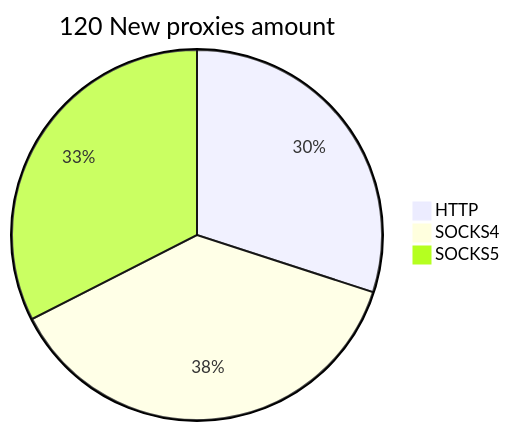
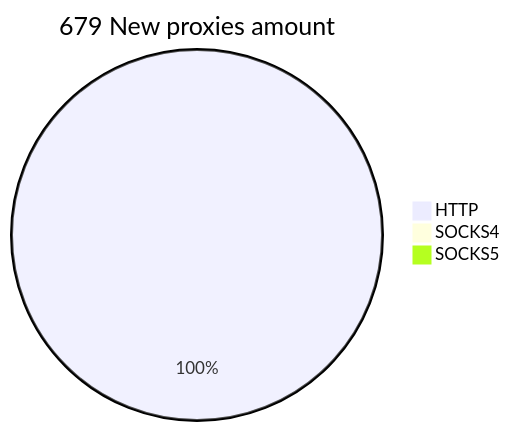
One commit to cutipu/proxylist changed the second of 2 diagrams in README.md. Above: the diagram before and after it, drawn with Mermaid. The commit also changed other lines of this file, not shown here.

````diff
--- a/README.md
+++ b/README.md
@@ -10,6 +10,6 @@
 ```mermaid
-pie title 120 New proxies amount
-    "HTTP" : 36
-    "SOCKS4" : 45
-    "SOCKS5" : 39
+pie title 679 New proxies amount
+    "HTTP" : 686
+    "SOCKS4" : 0
+    "SOCKS5" : 0
 ```
````
